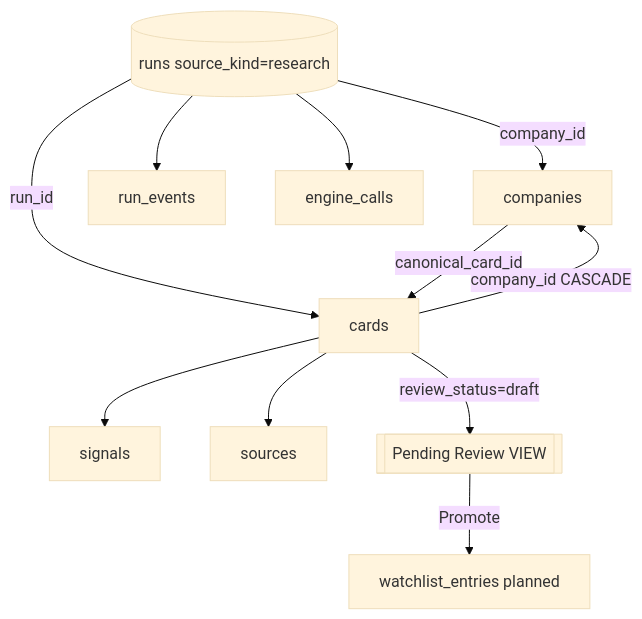
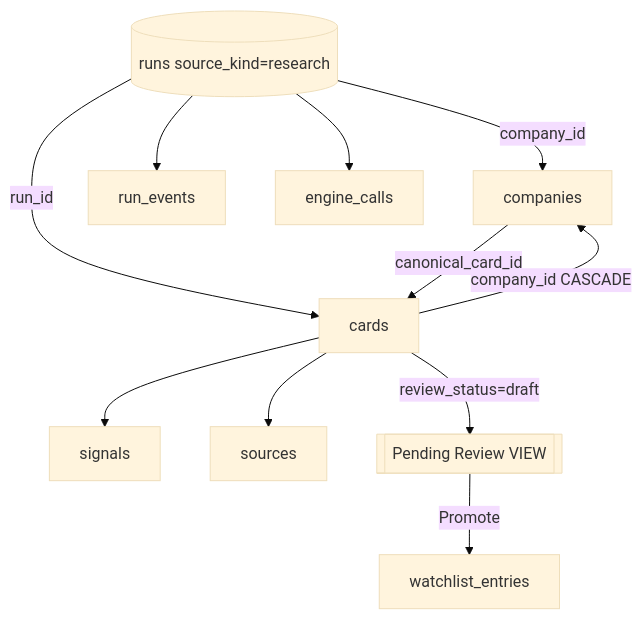
The fourth of 9 diagrams in docs/phase-1/P1-04-admin.md (Growth-Maschine/NORAD-INTEL-ENGINE-V1), drawn with Mermaid (base theme) before and after one commit. The commit also changed other lines of this file and 9 other files, not shown here.

````diff
--- a/docs/phase-1/P1-04-admin.md
+++ b/docs/phase-1/P1-04-admin.md
@@ -761,22 +761,22 @@
 ```mermaid
 flowchart TB
     RUNS[(runs source_kind=research)]
     CO[companies]
     CARD[cards]
     SIG[signals]
     SRC[sources]
     EV[run_events]
     EC[engine_calls]
 
     RUNS -->|company_id| CO
     RUNS -->|run_id| CARD
     CARD -->|company_id CASCADE| CO
     CO -->|canonical_card_id| CARD
     CARD --> SIG
     CARD --> SRC
     RUNS --> EV
     RUNS --> EC
 
     CARD -->|review_status=draft| PR[[Pending Review VIEW]]
-    PR -->|Promote| WL[watchlist_entries planned]
+    PR -->|Promote| WL[watchlist_entries]
 ```
````
